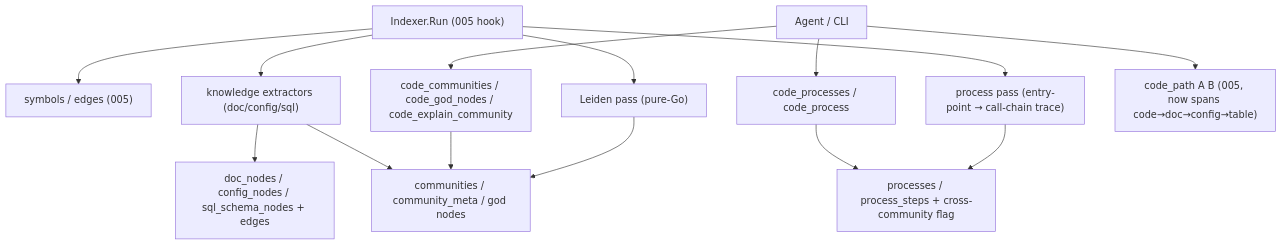
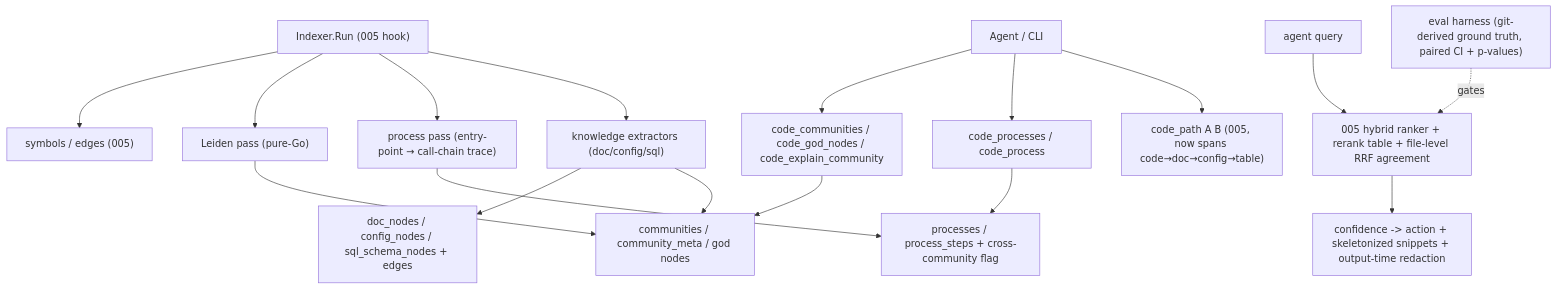
One commit to devopstales/aiskillgrid changed the diagram in docs/skillgrid/changes/008-mnemonic-community-knowledge-graph/change.md. Above: the diagram before and after it, drawn with Mermaid. The commit also changed other lines of this file and 14 other files, not shown here.

````diff
--- a/docs/skillgrid/changes/008-mnemonic-community-knowledge-graph/change.md
+++ b/docs/skillgrid/changes/008-mnemonic-community-knowledge-graph/change.md
@@ -177,16 +208,19 @@
 ```mermaid
 flowchart TD
   indexRun["Indexer.Run (005 hook)"] --> symbols["symbols / edges (005)"]
+  query["agent query"] --> rank["005 hybrid ranker + rerank table + file-level RRF agreement"]
+  rank --> conf["confidence -> action + skeletonized snippets + output-time redaction"]
+  eval["eval harness (git-derived ground truth, paired CI + p-values)"] -. "gates" .-> rank
   indexRun --> leiden["Leiden pass (pure-Go)"]
   leiden --> comm["communities / community_meta / god nodes"]
   indexRun --> proc["process pass (entry-point → call-chain trace)"]
   proc --> procNodes["processes / process_steps + cross-community flag"]
   indexRun --> kg["knowledge extractors (doc/config/sql)"]
   kg --> kgNodes["doc_nodes / config_nodes / sql_schema_nodes + edges"]
   agent["Agent / CLI"] --> commTools["code_communities / code_god_nodes / code_explain_community"]
   agent --> procTools["code_processes / code_process"]
   agent --> path["code_path A B (005, now spans code→doc→config→table)"]
   commTools --> comm
   procTools --> procNodes
   kg --> comm
 ```
````
